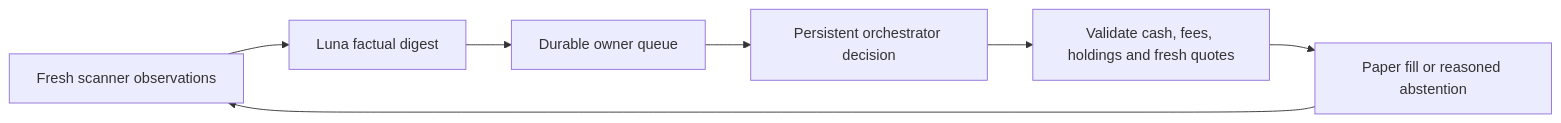
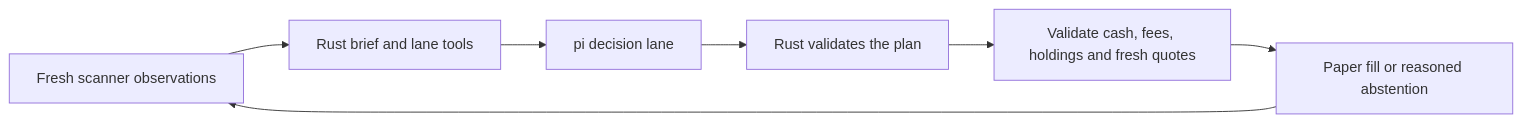
The diagram in docs/PAPER_REPLAY.md (TharunChougoni/nivra), drawn with Mermaid before and after one commit. The commit also changed other lines of this file and 80 other files, not shown here.

````diff
--- a/docs/PAPER_REPLAY.md
+++ b/docs/PAPER_REPLAY.md
@@ -8,9 +8,9 @@
 ```mermaid
 flowchart LR
-  S[Fresh scanner observations] --> L[Luna factual digest]
-  L --> Q[Durable owner queue]
-  Q --> O[Persistent orchestrator decision]
-  O --> E[Validate cash, fees, holdings and fresh quotes]
+  S[Fresh scanner observations] --> B[Rust brief and lane tools]
+  B --> D[pi decision lane]
+  D --> V[Rust validates the plan]
+  V --> E[Validate cash, fees, holdings and fresh quotes]
   E --> P[Paper fill or reasoned abstention]
   P --> S
 ```
````
